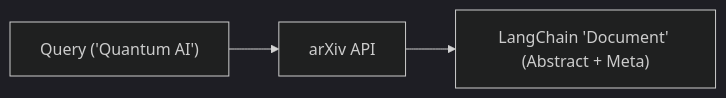
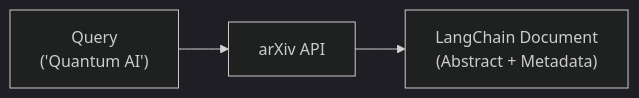
The fourth of 13 diagrams in RAG/Retrivers.md (satyam0singh/Agentic-AI), drawn with Mermaid (dark theme) before and after one commit. The commit also changed other lines of this file, not shown here.

First line of the commit message:
Revise and enhance Retrievers documentation in LangChain

````diff
--- a/RAG/Retrivers.md
+++ b/RAG/Retrivers.md
@@ -113,5 +187,4 @@
 ```mermaid
 flowchart LR
-    Q["Query ('Quantum AI')"] --> API[arXiv API]
-    API --> Docs["LangChain 'Document' (Abstract + Meta)"]
+    A["Query<br/>('Quantum AI')"] --> B["arXiv API"] --> C["LangChain Document<br/>(Abstract + Metadata)"]
 ```
````
